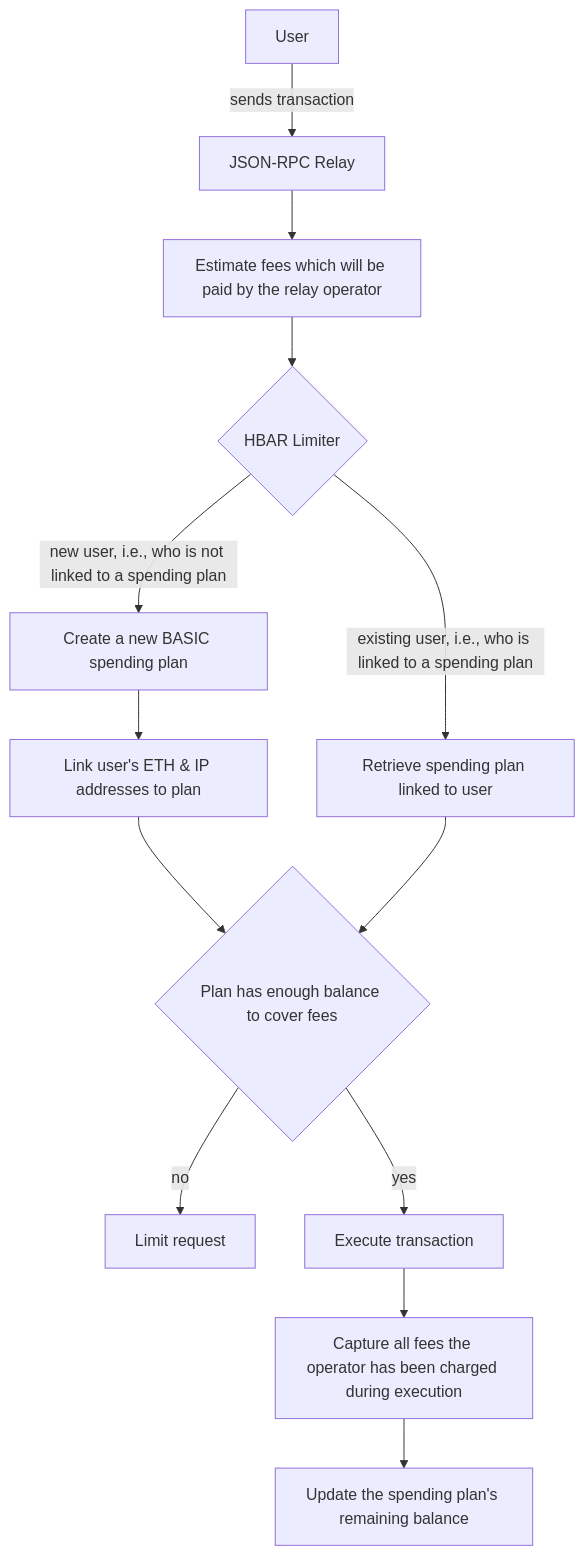
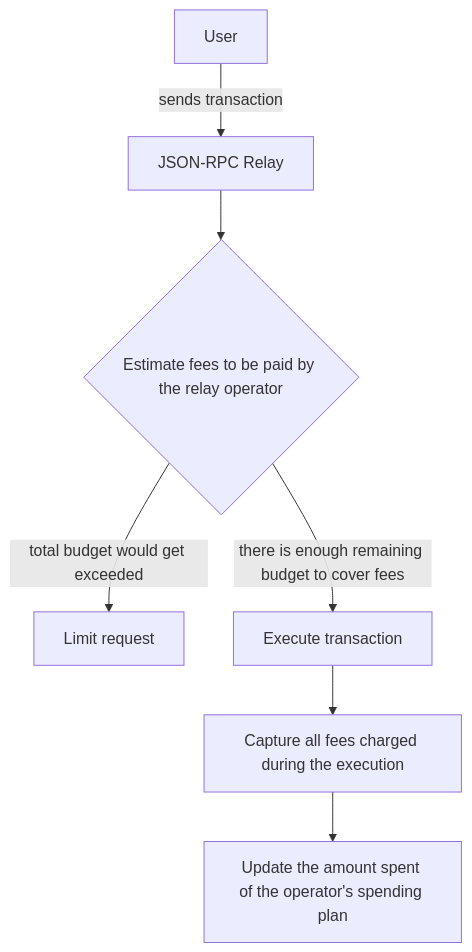
The first of 4 diagrams in docs/design/hbar-limiter.md (async-knightbgt7/hiero-json-rpc-relay), drawn with Mermaid before and after one commit. The commit also changed other lines of this file, not shown here.

Commit message:
docs: update `hbar-limiter.md` with information about `OPERATOR` plans (#3338)

````diff
--- a/docs/design/hbar-limiter.md
+++ b/docs/design/hbar-limiter.md
@@ -106,15 +109,9 @@
 ```mermaid
 flowchart TD
     A[User] -->|sends transaction| B[JSON-RPC Relay]
-    B --> C[Estimate fees which will be paid by the relay operator]
-    C --> D{HBAR Limiter}
-    D -->|new user, i.e., who is not linked to a spending plan| E[Create a new BASIC spending plan]
-    E --> F[Link user's ETH & IP addresses to plan]
-    D -->|existing user, i.e., who is linked to a spending plan| G[Retrieve spending plan linked to user]
-    F --> H{Plan has enough balance to cover fees}
-    G --> H
-    H --> |no| I[Limit request]
-    H --> |yes| J[Execute transaction]
-    J --> K[Capture all fees the operator has been charged during execution]
-    K --> L[Update the spending plan's remaining balance]
+    B --> C{Estimate fees to be paid by the relay operator}
+    C --> |total budget would get exceeded| I[Limit request]
+    C --> |there is enough remaining budget to cover fees| J[Execute transaction]
+    J --> K[Capture all fees charged during the execution]
+    K --> L[Update the amount spent of the operator's spending plan]
 ```
````
